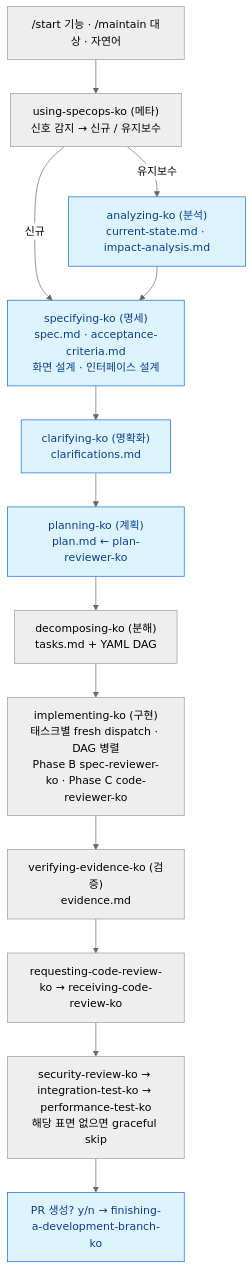
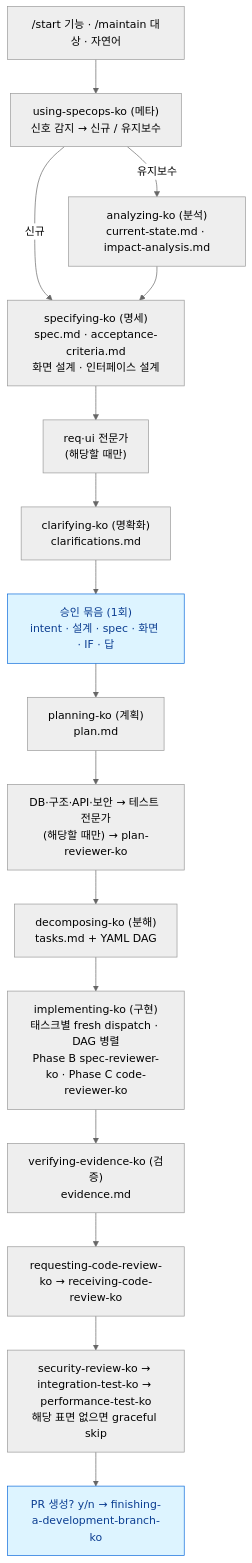
Before and after one commit to andyko18/devFSD: the second of 4 diagrams in README.md, drawn with Mermaid (neutral theme). The commit also changed other lines of this file, not shown here.

First line of the commit message:
docs(readme): 전면 재작성 — 전문가 패스 절 · 승인 1회 기본 동작 · 낡은 수치·절차 정정 (T1)

````diff
--- a/README.md
+++ b/README.md
@@ -134,16 +127,19 @@
 ```mermaid
 flowchart TD
     IN["/start 기능 · /maintain 대상 · 자연어"] --> META["using-specops-ko (메타)<br/>신호 감지 → 신규 / 유지보수"]
-    META -- 유지보수 --> ANA["analyzing-ko (분석)<br/>current-state.md · impact-analysis.md"]:::gate
+    META -- 유지보수 --> ANA["analyzing-ko (분석)<br/>current-state.md · impact-analysis.md"]
     META -- 신규 --> SPEC
-    ANA --> SPEC["specifying-ko (명세)<br/>spec.md · acceptance-criteria.md<br/>화면 설계 · 인터페이스 설계"]:::gate
-    SPEC --> CLA["clarifying-ko (명확화)<br/>clarifications.md"]:::gate
-    CLA --> PLAN["planning-ko (계획)<br/>plan.md ← plan-reviewer-ko"]:::gate
-    PLAN --> DEC["decomposing-ko (분해)<br/>tasks.md + YAML DAG"]
+    ANA --> SPEC["specifying-ko (명세)<br/>spec.md · acceptance-criteria.md<br/>화면 설계 · 인터페이스 설계"]
+    SPEC --> REQUI["req·ui 전문가<br/>(해당할 때만)"]
+    REQUI --> CLA["clarifying-ko (명확화)<br/>clarifications.md"]
+    CLA --> APP["승인 묶음 (1회)<br/>intent · 설계 · spec · 화면 · IF · 답"]:::gate
+    APP --> PLAN["planning-ko (계획)<br/>plan.md"]
+    PLAN --> EXP["DB·구조·API·보안 → 테스트 전문가<br/>(해당할 때만) → plan-reviewer-ko"]
+    EXP --> DEC["decomposing-ko (분해)<br/>tasks.md + YAML DAG"]
     DEC --> IMP["implementing-ko (구현)<br/>태스크별 fresh dispatch · DAG 병렬<br/>Phase B spec-reviewer-ko · Phase C code-reviewer-ko"]
     IMP --> VER["verifying-evidence-ko (검증)<br/>evidence.md"]
     VER --> REV["requesting-code-review-ko → receiving-code-review-ko"]
     REV --> SEC["security-review-ko → integration-test-ko → performance-test-ko<br/>해당 표면 없으면 graceful skip"]
     SEC --> PR["PR 생성? y/n → finishing-a-development-branch-ko"]:::gate
     classDef gate fill:#ddf4ff,stroke:#0969da,color:#0b3d91
 ```
````
